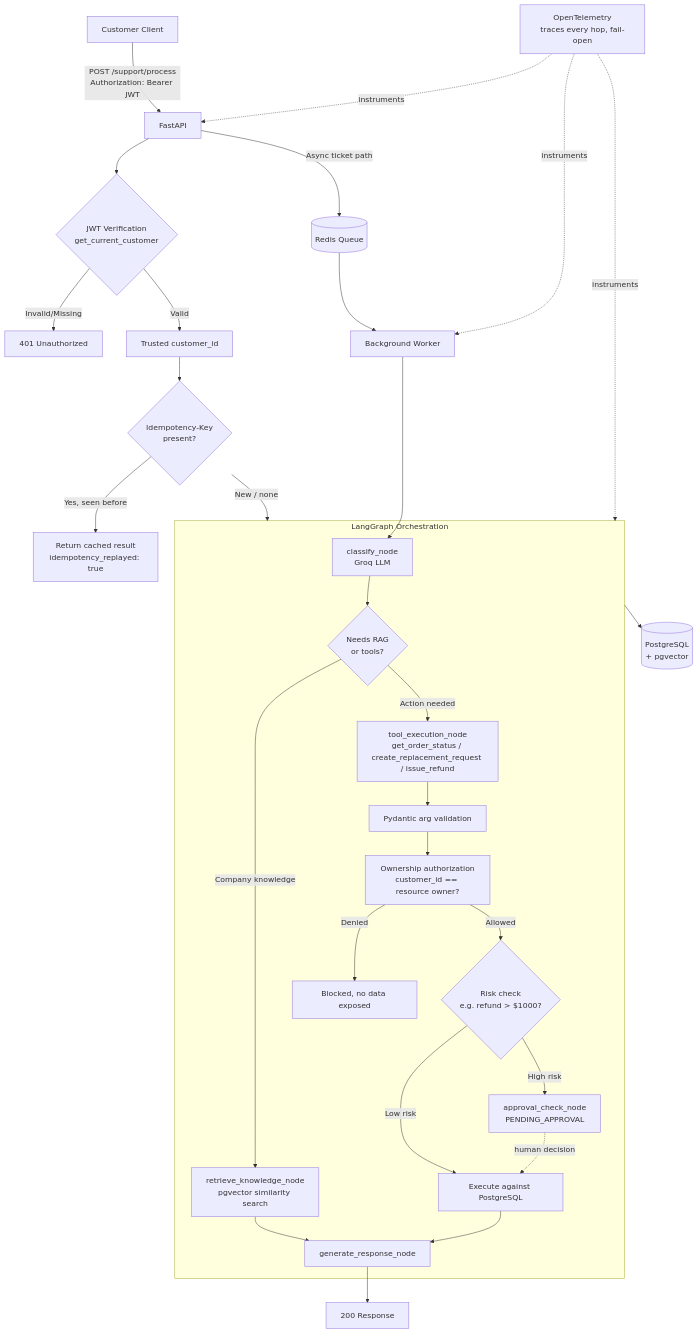
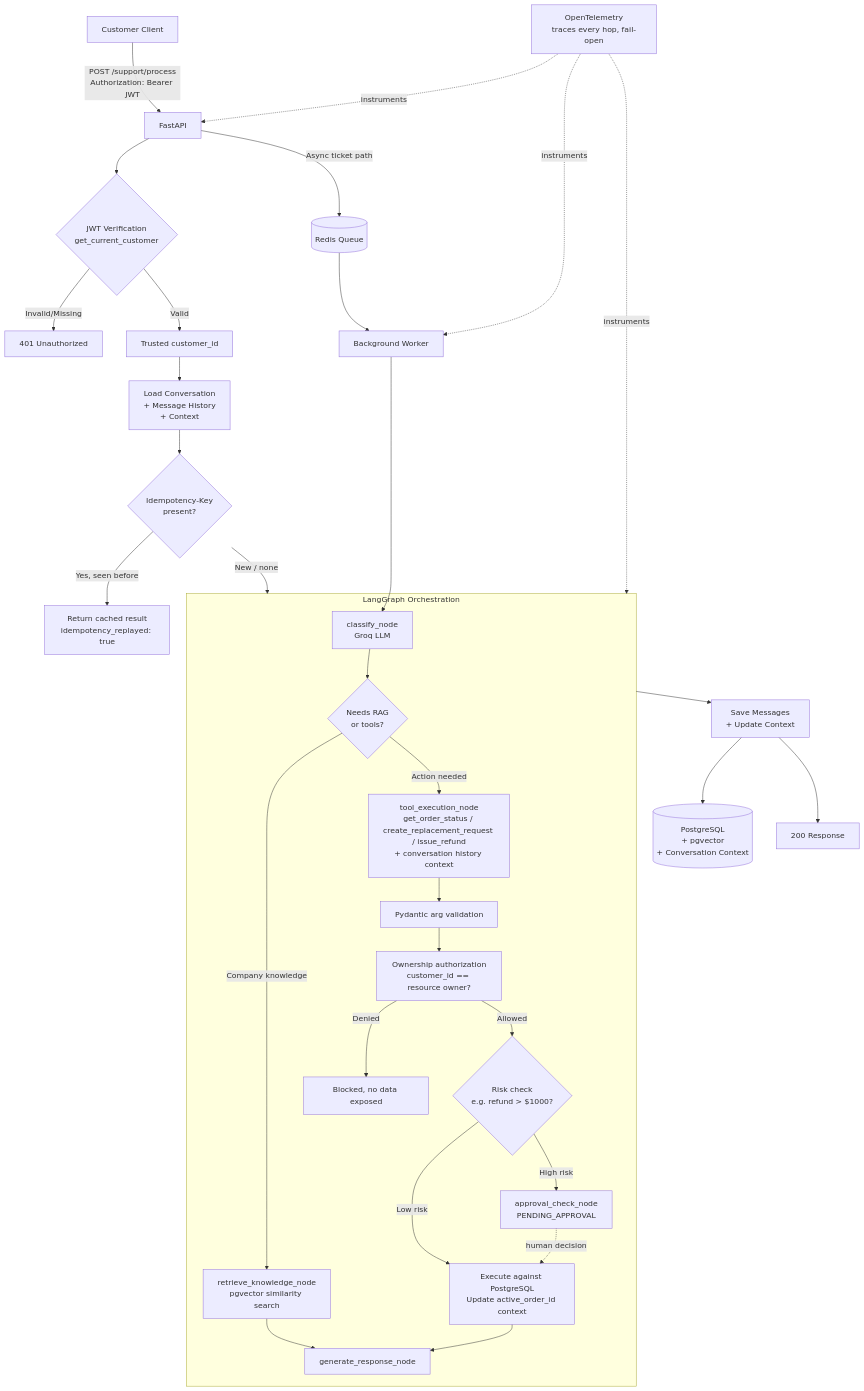
One commit to arshkalra17/SupportFlow---AI-Ticket-Automation changed the diagram in README.md. Above: the diagram before and after it, drawn with Mermaid. The commit also changed other lines of this file and 10 other files, not shown here.

Commit message:
Persistent conversation context (multi-turn support)

````diff
--- a/README.md
+++ b/README.md
@@ -41,39 +41,41 @@
 ```mermaid
 flowchart TD
     Client[Customer Client] -->|POST /support/process<br/>Authorization: Bearer JWT| API[FastAPI]
 
     API --> JWT{JWT Verification<br/>get_current_customer}
     JWT -->|Invalid/Missing| Reject401[401 Unauthorized]
     JWT -->|Valid| Identity[Trusted customer_id]
 
-    Identity --> Idem{Idempotency-Key<br/>present?}
+    Identity --> LoadConv[Load Conversation<br/>+ Message History<br/>+ Context]
+    LoadConv --> Idem{Idempotency-Key<br/>present?}
     Idem -->|Yes, seen before| Replay[Return cached result<br/>idempotency_replayed: true]
     Idem -->|New / none| Graph
 
     subgraph Graph[LangGraph Orchestration]
         Classify[classify_node<br/>Groq LLM] --> Route{Needs RAG<br/>or tools?}
         Route -->|Company knowledge| RAG[retrieve_knowledge_node<br/>pgvector similarity search]
-        Route -->|Action needed| Tools[tool_execution_node<br/>get_order_status / create_replacement_request / issue_refund]
+        Route -->|Action needed| Tools[tool_execution_node<br/>get_order_status / create_replacement_request / issue_refund<br/>+ conversation history context]
         RAG --> Respond
         Tools --> Validate[Pydantic arg validation]
         Validate --> Authz[Ownership authorization<br/>customer_id == resource owner?]
         Authz -->|Denied| Blocked[Blocked, no data exposed]
         Authz -->|Allowed| Risk{Risk check<br/>e.g. refund > $1000?}
-        Risk -->|Low risk| Execute[Execute against PostgreSQL]
+        Risk -->|Low risk| Execute[Execute against PostgreSQL<br/>Update active_order_id context]
         Risk -->|High risk| Approval[approval_check_node<br/>PENDING_APPROVAL]
         Approval -.human decision.-> Execute
         Execute --> Respond[generate_response_node]
     end
 
-    Graph --> DB[(PostgreSQL<br/>+ pgvector)]
+    Graph --> SaveConv[Save Messages<br/>+ Update Context]
+    SaveConv --> DB[(PostgreSQL<br/>+ pgvector<br/>+ Conversation Context)]
     API -->|Async ticket path| Redis[(Redis Queue)]
     Redis --> Worker[Background Worker]
     Worker --> Classify
 
-    Respond --> Resp200[200 Response]
+    SaveConv --> Resp200[200 Response]
 
     OTel[OpenTelemetry<br/>traces every hop, fail-open] -.instruments.-> API
     OTel -.instruments.-> Graph
     OTel -.instruments.-> Worker
 
 ```
````
